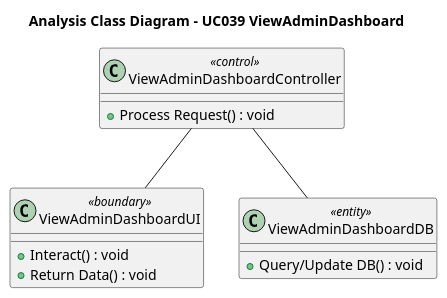
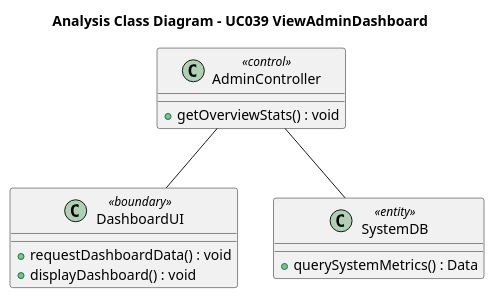
Before and after one commit to Alt2210/NaviMart: the diagram in diagrams/Module_8_Admin/UC039_Xem_Dashboard_tổng_quan_Analysis.puml, drawn with PlantUML. The commit also changed 63 other files, not shown here.

```diff
--- a/diagrams/Module_8_Admin/UC039_Xem_Dashboard_tổng_quan_Analysis.puml
+++ b/diagrams/Module_8_Admin/UC039_Xem_Dashboard_tổng_quan_Analysis.puml
@@ -1,17 +1,17 @@
 @startuml
 title Analysis Class Diagram - UC039 ViewAdminDashboard
 
-class "ViewAdminDashboardUI" as UI <<boundary>> {
-  + Interact() : void
-  + Return Data() : void
+class "DashboardUI" as UI <<boundary>> {
+  + requestDashboardData() : void
+  + displayDashboard() : void
 }
-class "ViewAdminDashboardController" as Controller <<control>> {
-  + Process Request() : void
+class "AdminController" as Controller <<control>> {
+  + getOverviewStats() : void
 }
-class "ViewAdminDashboardDB" as Entity <<entity>> {
-  + Query/Update DB() : void
+class "SystemDB" as Entity <<entity>> {
+  + querySystemMetrics() : Data
 }
 
 Controller -- UI
 Controller -- Entity
 @enduml
```
